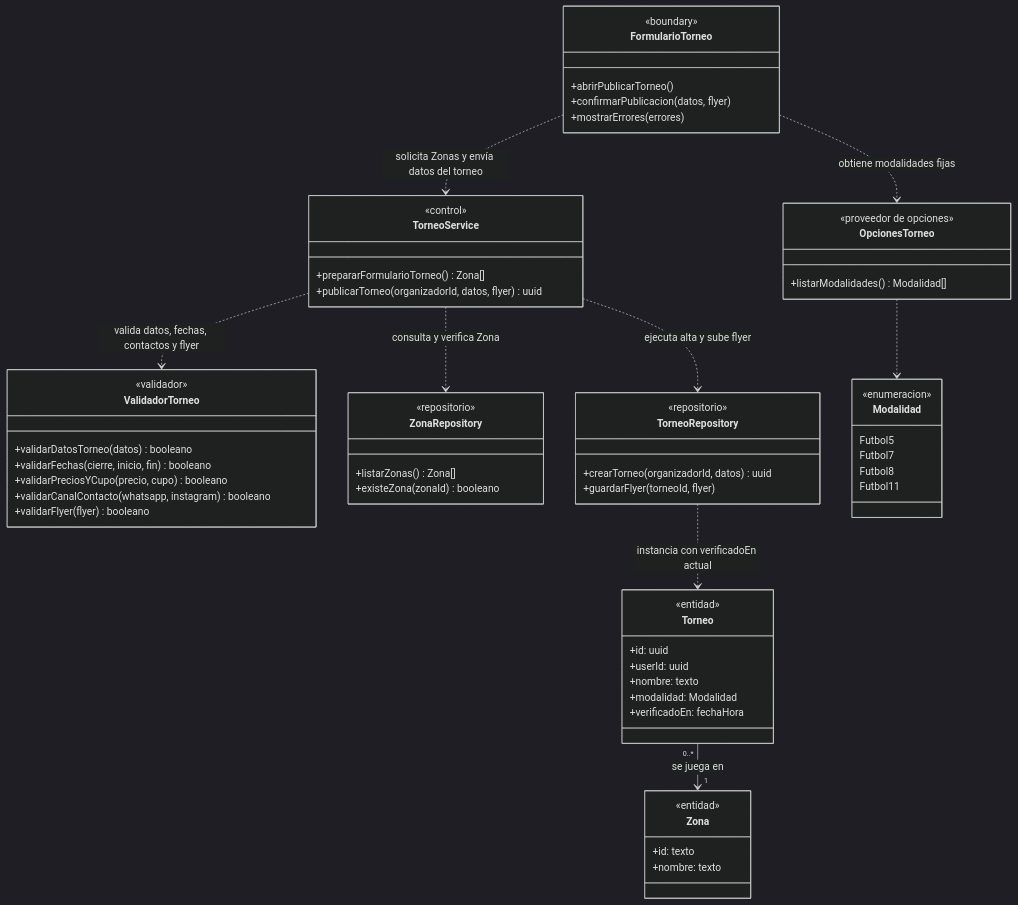
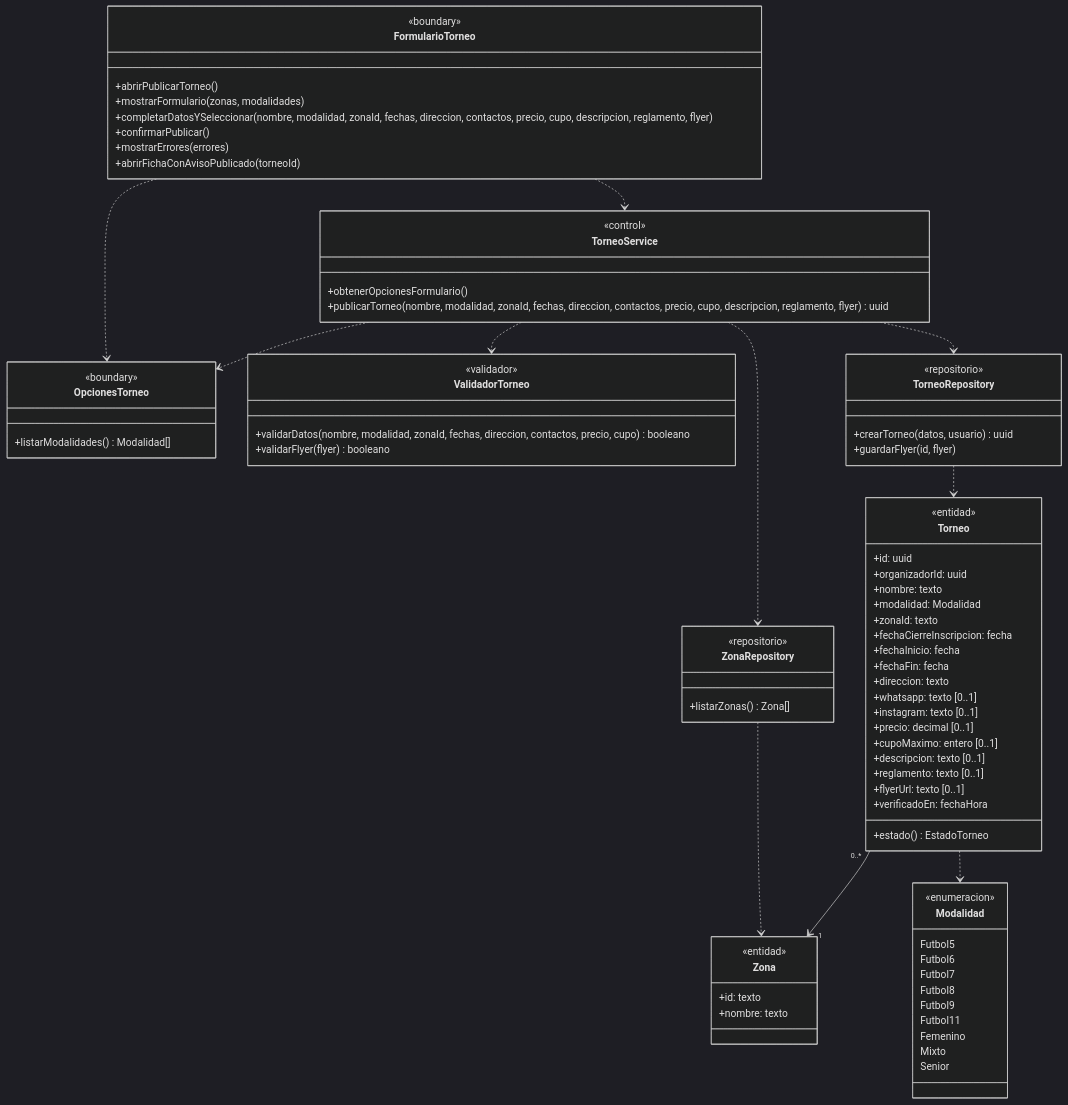
The second of 8 diagrams in docs/diagramas-de-clase/organizador.md (nicqletal/torneos-scraper), drawn with Mermaid (dark theme) before and after one commit. The commit also changed other lines of this file and 13 other files, not shown here.

````diff
--- a/docs/diagramas-de-clase/organizador.md
+++ b/docs/diagramas-de-clase/organizador.md
@@ -130,46 +124,57 @@
 ```mermaid
 classDiagram
-direction TB
 class FormularioTorneo {
   <<boundary>>
   +abrirPublicarTorneo()
-  +confirmarPublicacion(datos, flyer)
+  +mostrarFormulario(zonas, modalidades)
+  +completarDatosYSeleccionar(nombre, modalidad, zonaId, fechas, direccion, contactos, precio, cupo, descripcion, reglamento, flyer)
+  +confirmarPublicar()
   +mostrarErrores(errores)
+  +abrirFichaConAvisoPublicado(torneoId)
 }
 class OpcionesTorneo {
-  <<proveedor de opciones>>
+  <<boundary>>
   +listarModalidades() Modalidad[]
 }
 class TorneoService {
   <<control>>
-  +prepararFormularioTorneo() Zona[]
-  +publicarTorneo(organizadorId, datos, flyer) uuid
+  +obtenerOpcionesFormulario()
+  +publicarTorneo(nombre, modalidad, zonaId, fechas, direccion, contactos, precio, cupo, descripcion, reglamento, flyer) uuid
 }
 class ValidadorTorneo {
   <<validador>>
-  +validarDatosTorneo(datos) booleano
-  +validarFechas(cierre, inicio, fin) booleano
-  +validarPreciosYCupo(precio, cupo) booleano
-  +validarCanalContacto(whatsapp, instagram) booleano
+  +validarDatos(nombre, modalidad, zonaId, fechas, direccion, contactos, precio, cupo) booleano
   +validarFlyer(flyer) booleano
 }
 class ZonaRepository {
   <<repositorio>>
   +listarZonas() Zona[]
-  +existeZona(zonaId) booleano
 }
 class TorneoRepository {
   <<repositorio>>
-  +crearTorneo(organizadorId, datos) uuid
-  +guardarFlyer(torneoId, flyer)
+  +crearTorneo(datos, usuario) uuid
+  +guardarFlyer(id, flyer)
 }
 class Torneo {
   <<entidad>>
   +id: uuid
-  +userId: uuid
+  +organizadorId: uuid
   +nombre: texto
   +modalidad: Modalidad
+  +zonaId: texto
+  +fechaCierreInscripcion: fecha
+  +fechaInicio: fecha
+  +fechaFin: fecha
+  +direccion: texto
+  +whatsapp: texto [0..1]
+  +instagram: texto [0..1]
+  +precio: decimal [0..1]
+  +cupoMaximo: entero [0..1]
+  +descripcion: texto [0..1]
+  +reglamento: texto [0..1]
+  +flyerUrl: texto [0..1]
   +verificadoEn: fechaHora
+  +estado() EstadoTorneo
 }
 class Zona {
   <<entidad>>
@@ -179,16 +184,23 @@
 class Modalidad {
   <<enumeracion>>
   Futbol5
+  Futbol6
   Futbol7
   Futbol8
+  Futbol9
   Futbol11
+  Femenino
+  Mixto
+  Senior
 }
-FormularioTorneo ..> OpcionesTorneo : obtiene modalidades fijas
-FormularioTorneo ..> TorneoService : solicita Zonas y envía datos del torneo
-TorneoService ..> ZonaRepository : consulta y verifica Zona
-TorneoService ..> ValidadorTorneo : valida datos, fechas, contactos y flyer
-TorneoService ..> TorneoRepository : ejecuta alta y sube flyer
-TorneoRepository ..> Torneo : instancia con verificadoEn actual
-Torneo "0..*" --> "1" Zona : se juega en
-OpcionesTorneo ..> Modalidad
+FormularioTorneo ..> OpcionesTorneo
+FormularioTorneo ..> TorneoService
+TorneoService ..> OpcionesTorneo
+TorneoService ..> ZonaRepository
+TorneoService ..> ValidadorTorneo
+TorneoService ..> TorneoRepository
+ZonaRepository ..> Zona
+TorneoRepository ..> Torneo
+Torneo "0..*" --> "1" Zona
+Torneo ..> Modalidad
 ```
````
